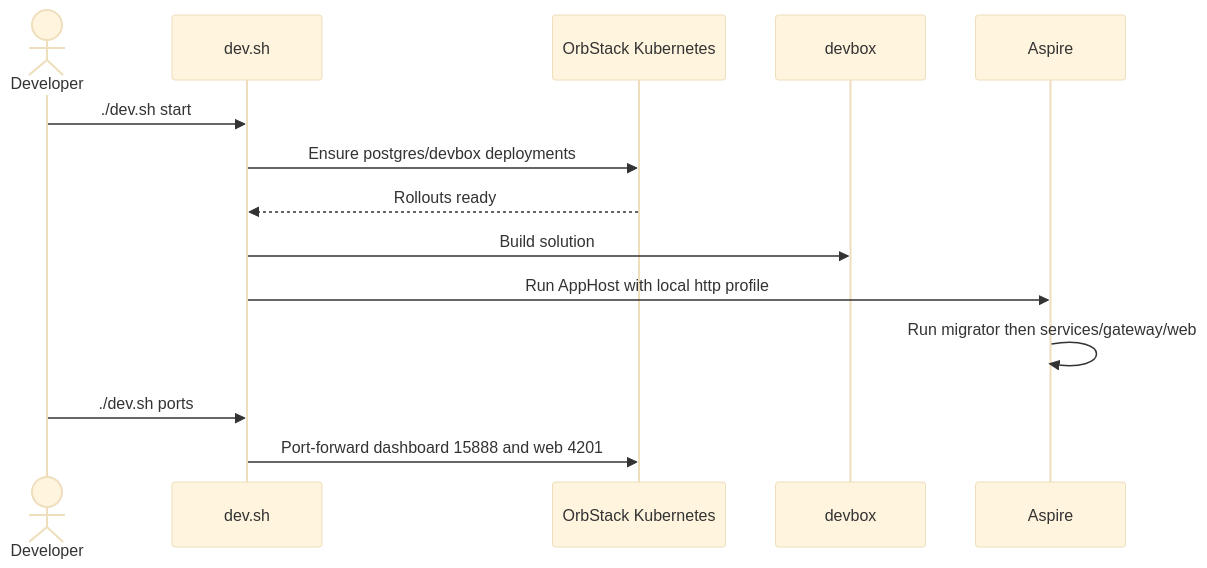
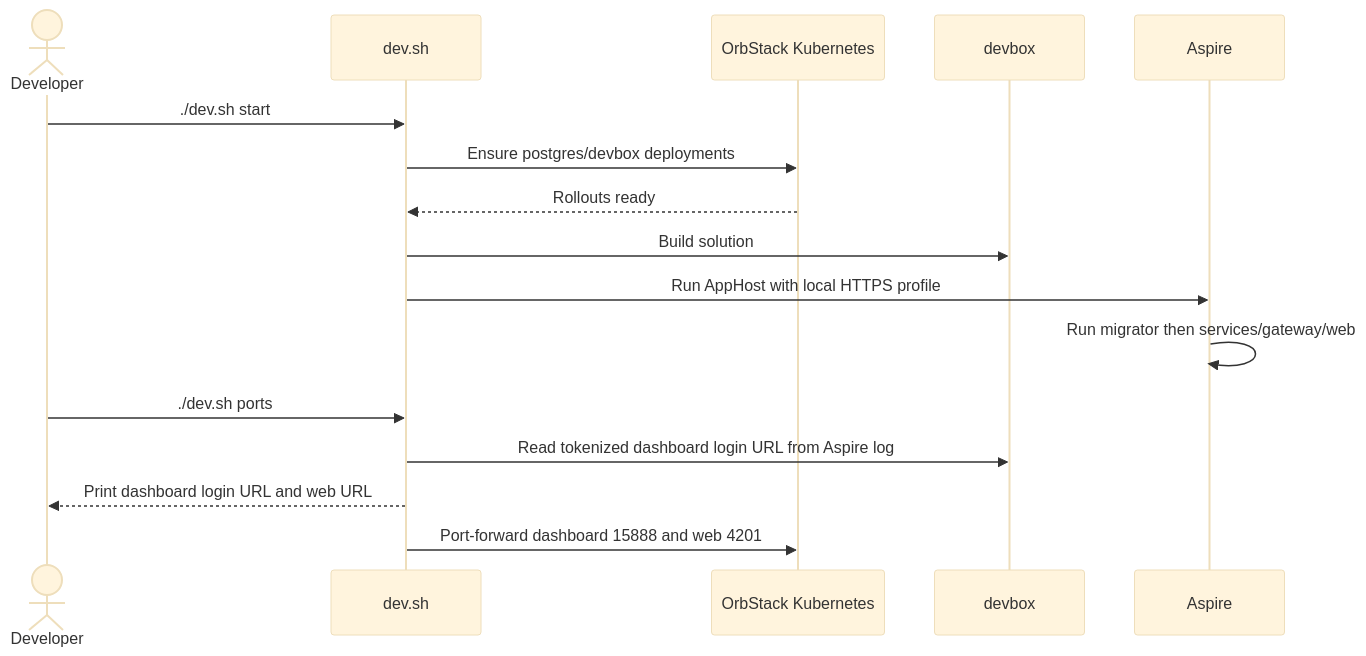
The second of 2 diagrams in specs/testing-devops.md (TuanKietTran/hiring-platform), drawn with Mermaid (base theme) before and after one commit. The commit also changed other lines of this file and 15 other files, not shown here.

````diff
--- a/specs/testing-devops.md
+++ b/specs/testing-devops.md
@@ -50,17 +50,19 @@
 ```mermaid
 sequenceDiagram
     actor Developer
     participant Script as dev.sh
     participant K8s as OrbStack Kubernetes
     participant Pod as devbox
     participant Aspire
 
     Developer->>Script: ./dev.sh start
     Script->>K8s: Ensure postgres/devbox deployments
     K8s-->>Script: Rollouts ready
     Script->>Pod: Build solution
-    Script->>Aspire: Run AppHost with local http profile
+    Script->>Aspire: Run AppHost with local HTTPS profile
     Aspire->>Aspire: Run migrator then services/gateway/web
     Developer->>Script: ./dev.sh ports
+    Script->>Pod: Read tokenized dashboard login URL from Aspire log
+    Script-->>Developer: Print dashboard login URL and web URL
     Script->>K8s: Port-forward dashboard 15888 and web 4201
 ```
````
